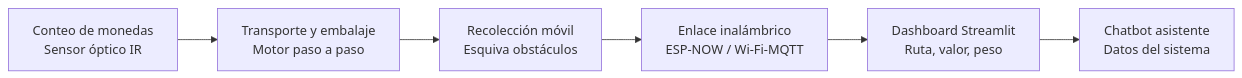
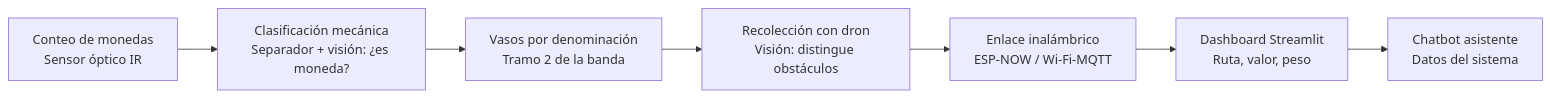
The first of 3 diagrams in README.md (Lina584/SegundoParcialMonedas), drawn with Mermaid before and after one commit. The commit also changed other lines of this file, not shown here.

First line of the commit message:
Revise project overview and update architecture details

````diff
--- a/README.md
+++ b/README.md
@@ -7,8 +7,9 @@
 ```mermaid
 flowchart LR
-    A["Conteo de monedas<br/>Sensor óptico IR"] --> B["Transporte y embalaje<br/>Motor paso a paso"]
-    B --> C["Recolección móvil<br/>Esquiva obstáculos"]
-    C --> D["Enlace inalámbrico<br/>ESP-NOW / Wi-Fi-MQTT"]
-    D --> E["Dashboard Streamlit<br/>Ruta, valor, peso"]
-    E --> F["Chatbot asistente<br/>Datos del sistema"]
+    A["Conteo de monedas<br/>Sensor óptico IR"] --> B["Clasificación mecánica<br/>Separador + visión: ¿es moneda?"]
+    B --> C["Vasos por denominación<br/>Tramo 2 de la banda"]
+    C --> D["Recolección con dron<br/>Visión: distingue obstáculos"]
+    D --> E["Enlace inalámbrico<br/>ESP-NOW / Wi-Fi-MQTT"]
+    E --> F["Dashboard Streamlit<br/>Ruta, valor, peso"]
+    F --> G["Chatbot asistente<br/>Datos del sistema"]
 ```
````
